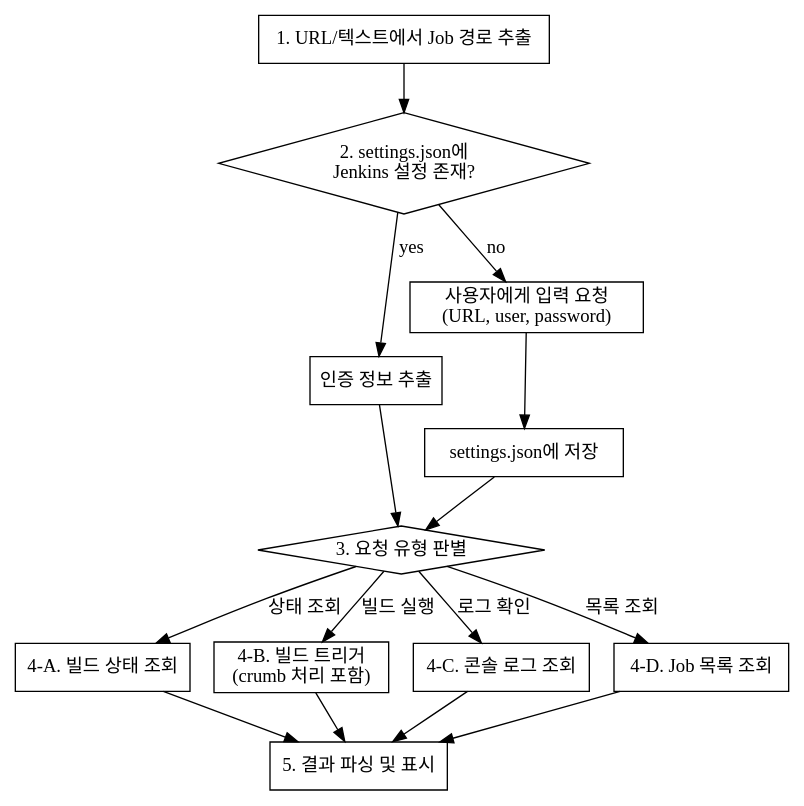
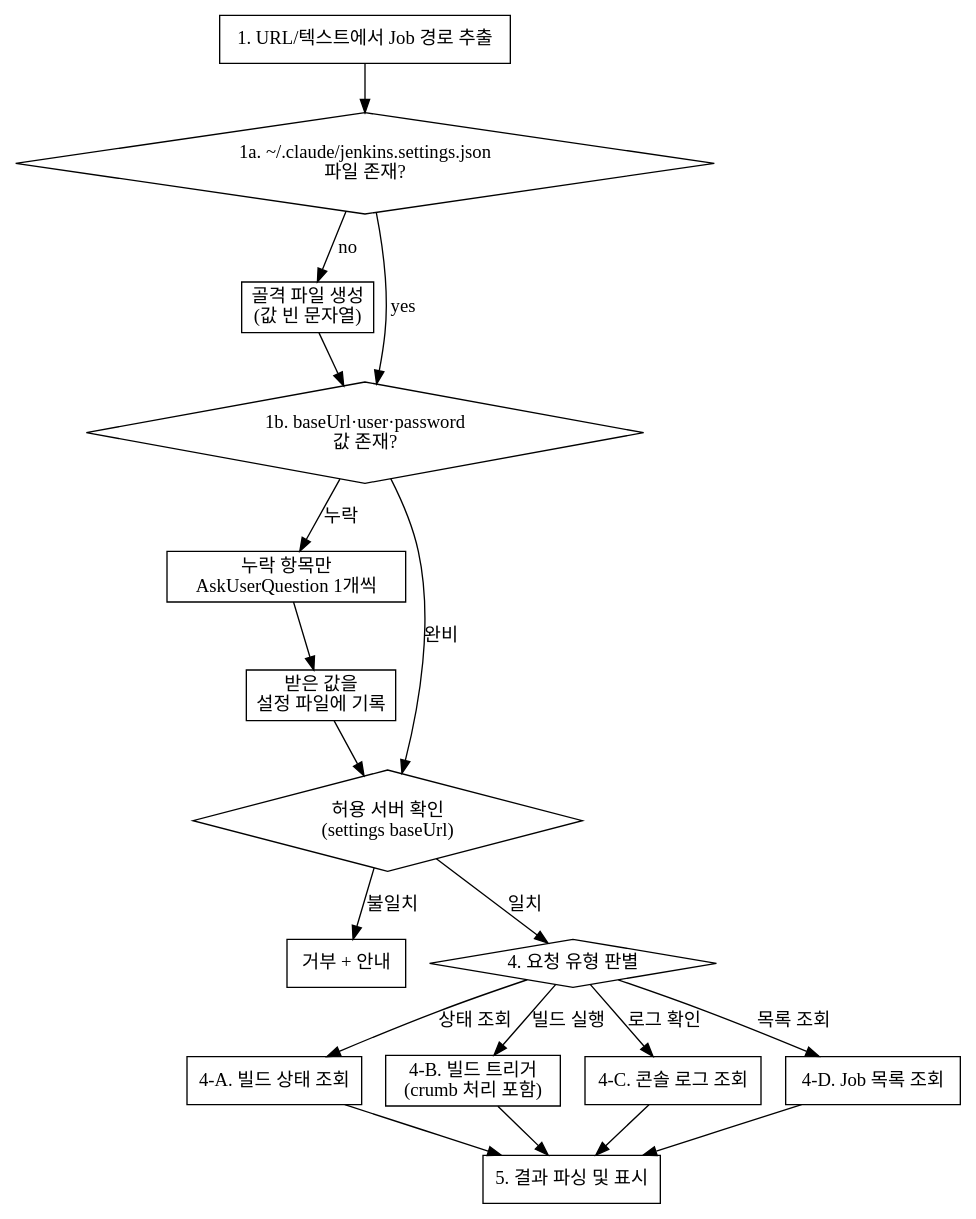
One commit to YoonbeomSo/oh-my-beom changed the diagram in skills/fetch-jenkins/SKILL.md. Above: the diagram before and after it, drawn with Graphviz. The commit also changed other lines of this file and 3 other files, not shown here.

First line of the commit message:
refactor: fetch-jenkins 호스트·자격증명 외부화 (~/.claude/jenkins.settings.json)

````diff
--- a/skills/fetch-jenkins/SKILL.md
+++ b/skills/fetch-jenkins/SKILL.md
@@ -29,33 +30,40 @@
 ```dot
 digraph fetch_jenkins {
     rankdir=TB;
     node [shape=box];
 
     parse [label="1. URL/텍스트에서 Job 경로 추출"];
-    check_settings [label="2. settings.json에\nJenkins 설정 존재?" shape=diamond];
-    extract_creds [label="인증 정보 추출"];
-    ask_user [label="사용자에게 입력 요청\n(URL, user, password)"];
-    save_settings [label="settings.json에 저장"];
-    determine_action [label="3. 요청 유형 판별" shape=diamond];
+    check_file [label="1a. ~/.claude/jenkins.settings.json\n파일 존재?" shape=diamond];
+    create_file [label="골격 파일 생성\n(값 빈 문자열)"];
+    check_fields [label="1b. baseUrl·user·password\n값 존재?" shape=diamond];
+    ask_one [label="누락 항목만\nAskUserQuestion 1개씩"];
+    write_back [label="받은 값을\n설정 파일에 기록"];
+    guard [label="허용 서버 확인\n(settings baseUrl)" shape=diamond];
+    deny [label="거부 + 안내"];
+    determine_action [label="4. 요청 유형 판별" shape=diamond];
     status [label="4-A. 빌드 상태 조회"];
     trigger [label="4-B. 빌드 트리거\n(crumb 처리 포함)"];
     log [label="4-C. 콘솔 로그 조회"];
     list [label="4-D. Job 목록 조회"];
     display [label="5. 결과 파싱 및 표시"];
 
-    parse -> check_settings;
-    check_settings -> extract_creds [label="yes"];
-    check_settings -> ask_user [label="no"];
-    ask_user -> save_settings;
-    save_settings -> determine_action;
-    extract_creds -> determine_action;
+    parse -> check_file;
+    check_file -> create_file [label="no"];
+    check_file -> check_fields [label="yes"];
+    create_file -> check_fields;
+    check_fields -> ask_one [label="누락"];
+    check_fields -> guard [label="완비"];
+    ask_one -> write_back;
+    write_back -> guard;
+    guard -> deny [label="불일치"];
+    guard -> determine_action [label="일치"];
     determine_action -> status [label="상태 조회"];
     determine_action -> trigger [label="빌드 실행"];
     determine_action -> log [label="로그 확인"];
     determine_action -> list [label="목록 조회"];
     status -> display;
     trigger -> display;
     log -> display;
     list -> display;
 }
 ```
````
